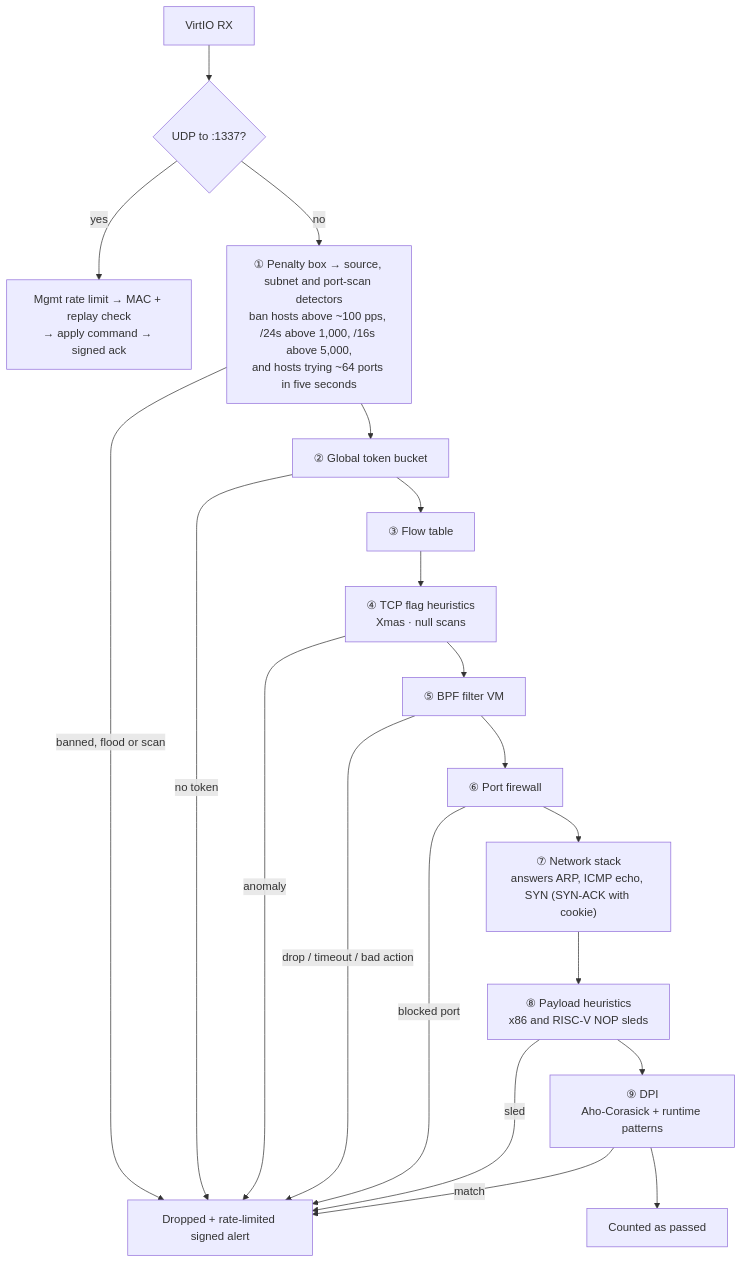
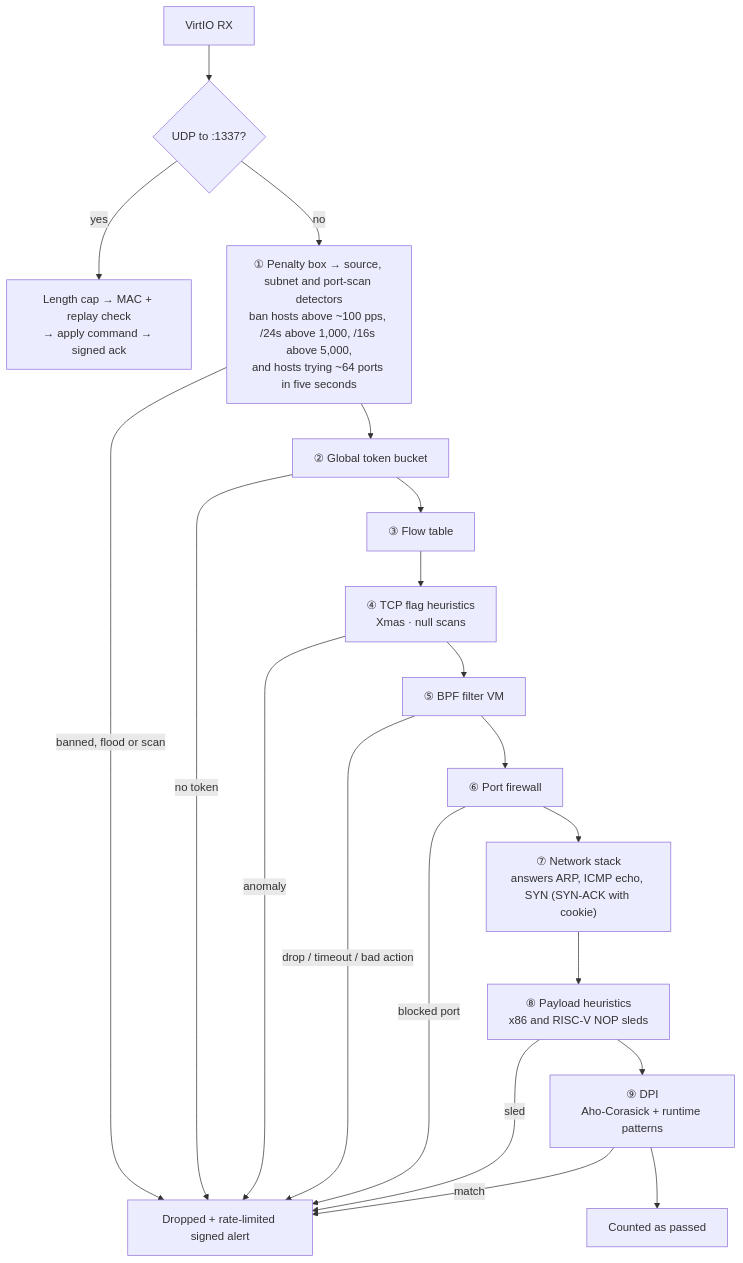
Before and after one commit to willmccallion/riscv-security-unikernel: the second of 2 diagrams in README.md, drawn with Mermaid. The commit also changed other lines of this file and 7 other files, not shown here.

First line of the commit message:
Verify every mgmt packet before rate limiting

````diff
--- a/README.md
+++ b/README.md
@@ -50,35 +50,35 @@
 ```mermaid
 flowchart TD
     RX["VirtIO RX"]
     MG{"UDP to :1337?"}
-    ML["Mgmt rate limit → MAC + replay check<br/>→ apply command → signed ack"]
+    ML["Length cap → MAC + replay check<br/>→ apply command → signed ack"]
     PB["① Penalty box → source, subnet and port-scan detectors<br/>ban hosts above ~100 pps, /24s above 1,000, /16s above 5,000,<br/>and hosts trying ~64 ports in five seconds"]
     TB["② Global token bucket"]
     FT["③ Flow table"]
     TF["④ TCP flag heuristics<br/>Xmas · null scans"]
     BPF["⑤ BPF filter VM"]
     FW["⑥ Port firewall"]
     ST["⑦ Network stack<br/>answers ARP, ICMP echo, SYN (SYN-ACK with cookie)"]
     HP["⑧ Payload heuristics<br/>x86 and RISC-V NOP sleds"]
     DPI["⑨ DPI<br/>Aho-Corasick + runtime patterns"]
     PASS["Counted as passed"]
     DROP["Dropped + rate-limited signed alert"]
 
     RX --> MG
     MG -->|yes| ML
     MG -->|no| PB
     PB -->|banned, flood or scan| DROP
     PB --> TB
     TB -->|no token| DROP
     TB --> FT --> TF
     TF -->|anomaly| DROP
     TF --> BPF
     BPF -->|drop / timeout / bad action| DROP
     BPF --> FW
     FW -->|blocked port| DROP
     FW --> ST --> HP
     HP -->|sled| DROP
     HP --> DPI
     DPI -->|match| DROP
     DPI --> PASS
 ```
````
